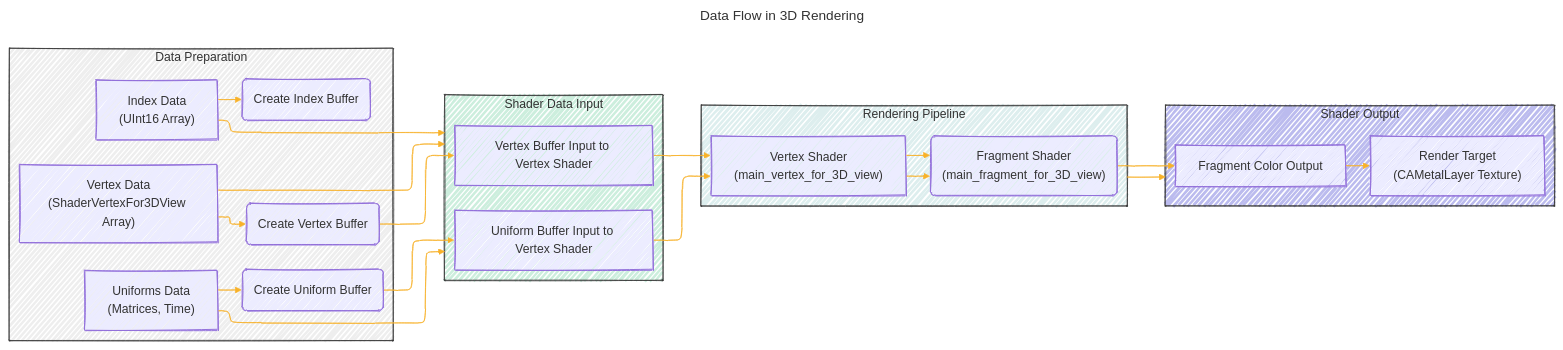
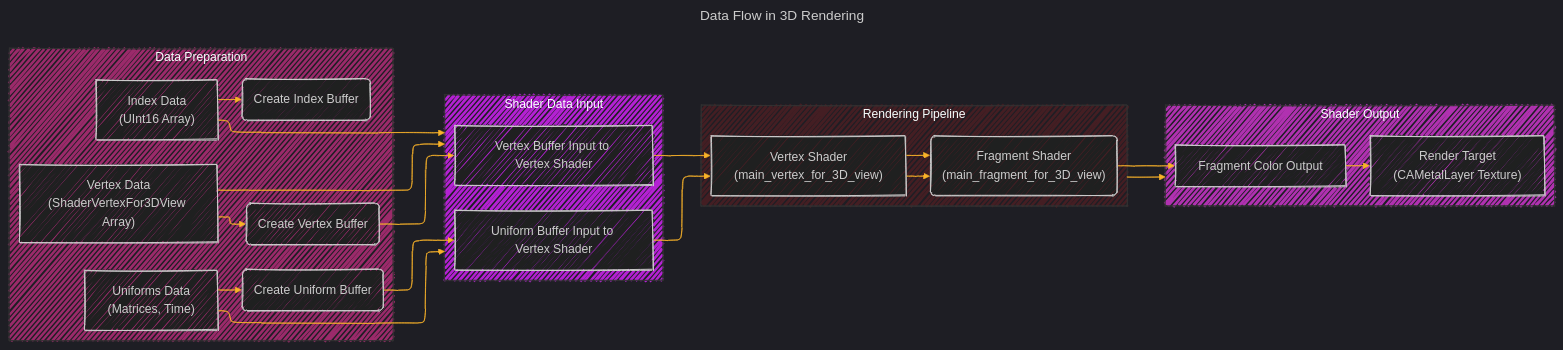
The seventh of 8 diagrams in Documentation_Consolidated_Version_Draft_1.md (CongLeSolutionX/Metal-Primitives), drawn with Mermaid before and after one commit. The commit also changed other lines of this file, not shown here.

````diff
--- a/Documentation_Consolidated_Version_Draft_1.md
+++ b/Documentation_Consolidated_Version_Draft_1.md
@@ -647,56 +652,56 @@
 ```mermaid
 ---
 title: Data Flow in 3D Rendering
 config:
   layout: elk
   look: handDrawn
-  theme: default
+  theme: dark
 ---
 %%{
   init: {
     'fontFamily': 'verdana',
     'themeVariables': {
       'primaryColor': '#BB2528',
-      'primaryTextColor': '#fff',
+      'primaryTextColor': '#f529',
       'primaryBorderColor': '#7C0000',
       'lineColor': '#F8B229',
       'secondaryColor': '#006100',
       'tertiaryColor': '#fff'
     }
   }
 }%%
 flowchart LR
     subgraph Data_Preparation["Data Preparation"]
         A["Vertex Data<br>(ShaderVertexFor3DView Array)"] --> B("Create Vertex Buffer")
         C["Index Data<br>(UInt16 Array)"] --> D("Create Index Buffer")
         E["Uniforms Data<br>(Matrices, Time)"] --> F("Create Uniform Buffer")
     end
 
     subgraph Rendering_Pipeline["Rendering Pipeline"]
         G["Vertex Shader<br>(main_vertex_for_3D_view)"] --> H("Fragment Shader<br>(main_fragment_for_3D_view)")
     end
 
     subgraph Shader_Data_Input["Shader Data Input"]
         B --> I["Vertex Buffer Input to Vertex Shader"]
         F --> J["Uniform Buffer Input to Vertex Shader"]
         I --> G
         J --> G
         G --> H
     end
 
     subgraph Shader_Output["Shader Output"]
         H --> K["Fragment Color Output"]
         K --> L["Render Target<br>(CAMetalLayer Texture)"]
     end
 
     A --> Shader_Data_Input
     C --> Shader_Data_Input
     E --> Shader_Data_Input
     Rendering_Pipeline --> Shader_Output
 
-    style Data_Preparation fill:#eee,stroke:#333,stroke-width:1px
-    style Rendering_Pipeline fill:#dee,stroke:#333,stroke-width:1px
-    style Shader_Data_Input fill:#ced,stroke:#333,stroke-width:1px
-    style Shader_Output fill:#bbe,stroke:#333,stroke-width:1px
+    style Data_Preparation fill:#e399,stroke:#333,stroke-width:1px
+    style Rendering_Pipeline fill:#d223,stroke:#333,stroke-width:1px
+    style Shader_Data_Input fill:#c2ed,stroke:#333,stroke-width:1px
+    style Shader_Output fill:#b3be,stroke:#333,stroke-width:1px
     
 ```
````
